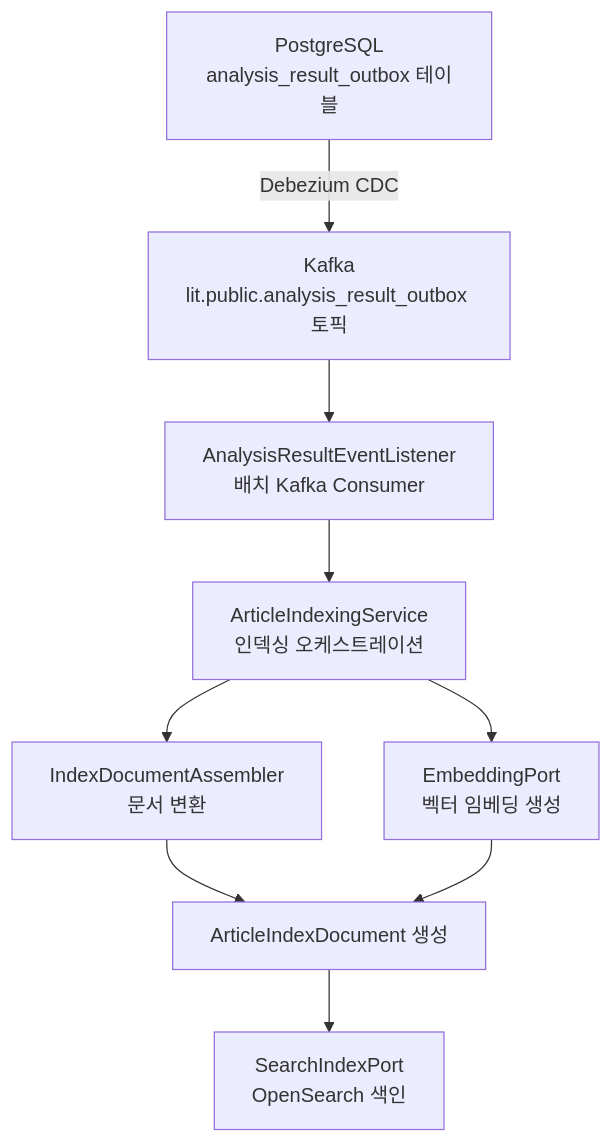
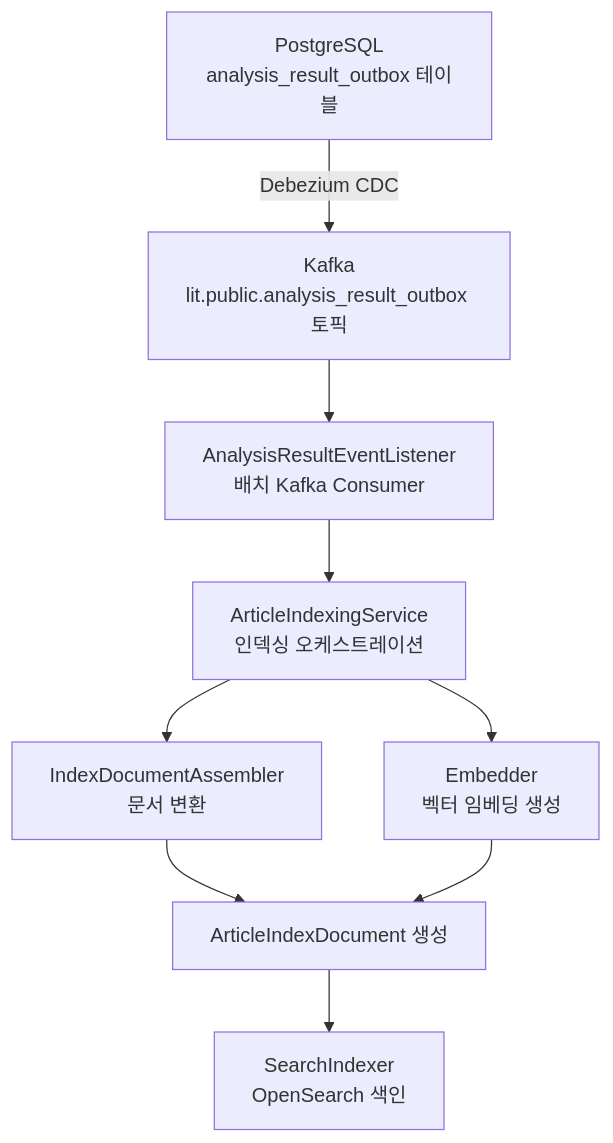
The first of 3 diagrams in indexer/ARCHITECTURE.md (vonkernel/local-incident-tracker), drawn with Mermaid before and after one commit. The commit also changed other lines of this file, not shown here.

First line of the commit message:
Update indexer ARCHITECTURE.md to align with hexagonal architecture conventions

````diff
--- a/indexer/ARCHITECTURE.md
+++ b/indexer/ARCHITECTURE.md
@@ -41,11 +41,11 @@
 ```mermaid
 flowchart TD
     A[PostgreSQL<br/>analysis_result_outbox 테이블] -->|Debezium CDC| B[Kafka<br/>lit.public.analysis_result_outbox 토픽]
     B --> C[AnalysisResultEventListener<br/>배치 Kafka Consumer]
     C --> D[ArticleIndexingService<br/>인덱싱 오케스트레이션]
     D --> E[IndexDocumentAssembler<br/>문서 변환]
-    D --> F[EmbeddingPort<br/>벡터 임베딩 생성]
+    D --> F[Embedder<br/>벡터 임베딩 생성]
     E --> G[ArticleIndexDocument 생성]
     F --> G
-    G --> H[SearchIndexPort<br/>OpenSearch 색인]
+    G --> H[SearchIndexer<br/>OpenSearch 색인]
 ```
````
